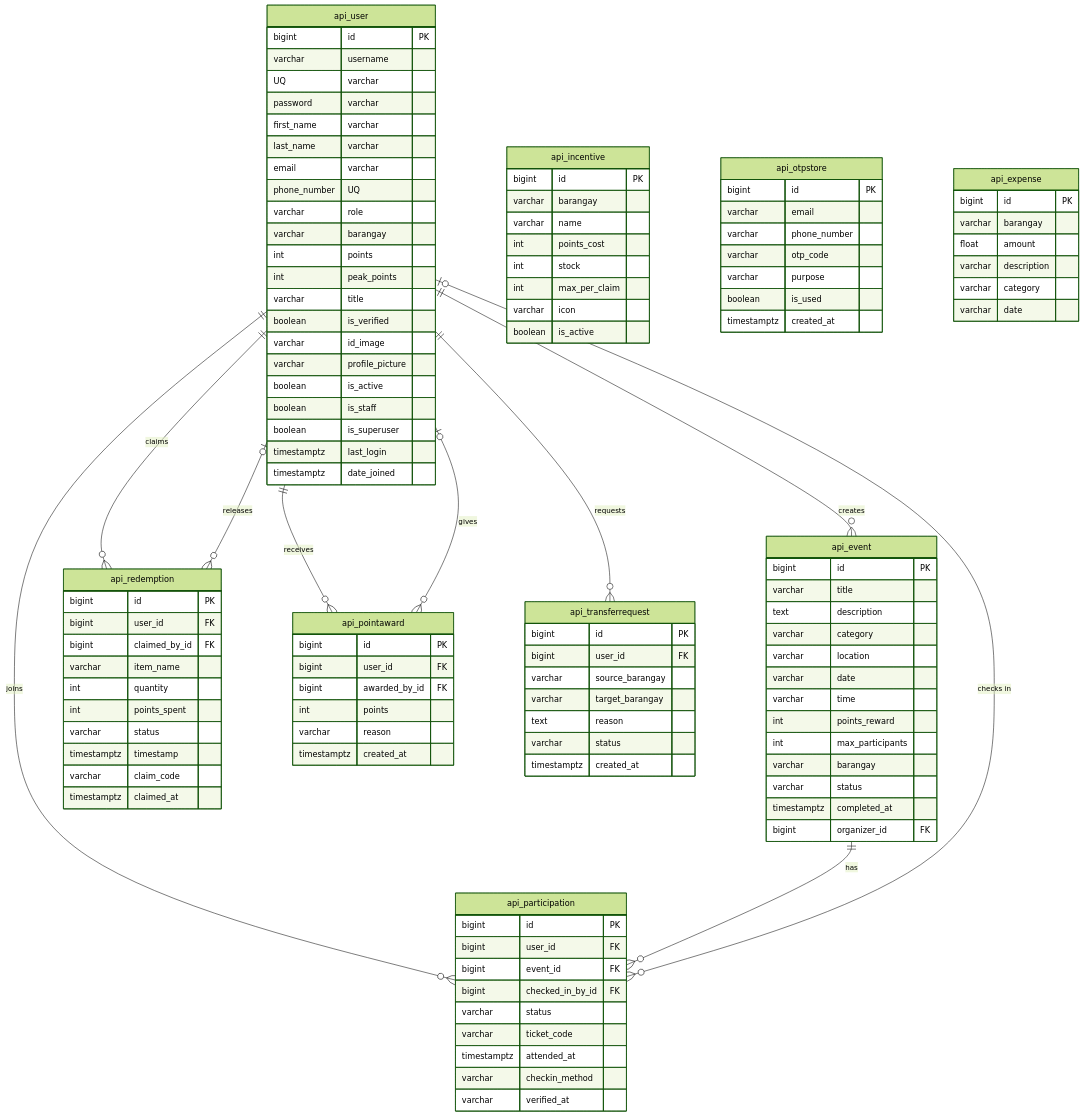
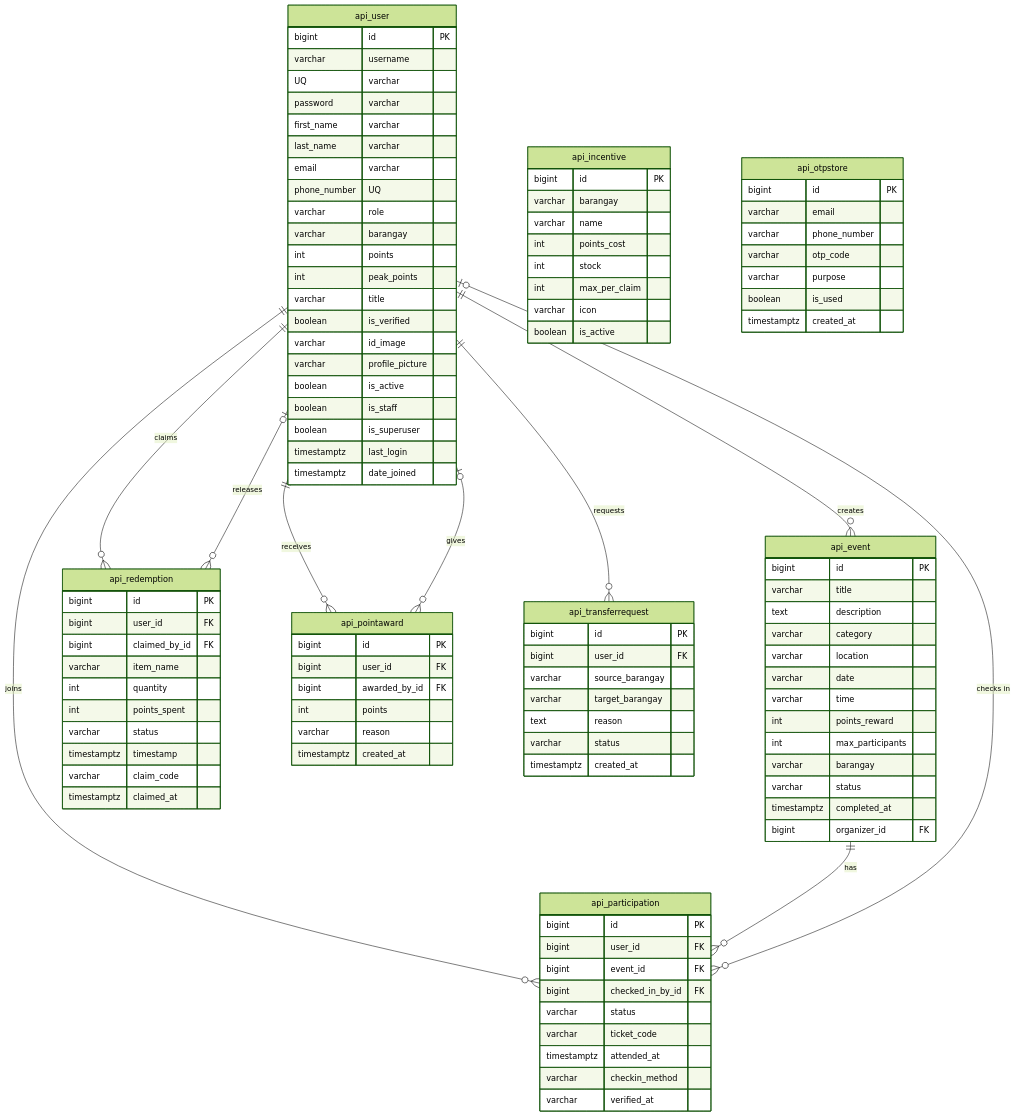
Before and after one commit to RamonE9/EcoConnect: the diagram in docs/ERD.md, drawn with Mermaid (forest theme). The commit also changed other lines of this file and 2 other files, not shown here.

Commit message:
docs: remove expense table from the ERD

````diff
--- a/docs/ERD.md
+++ b/docs/ERD.md
@@ -135,12 +134,4 @@
         boolean is_used
         timestamptz created_at
     }
-    api_expense {
-        bigint id PK
-        varchar barangay
-        float amount
-        varchar description
-        varchar category
-        varchar date
-    }
 ```
````
